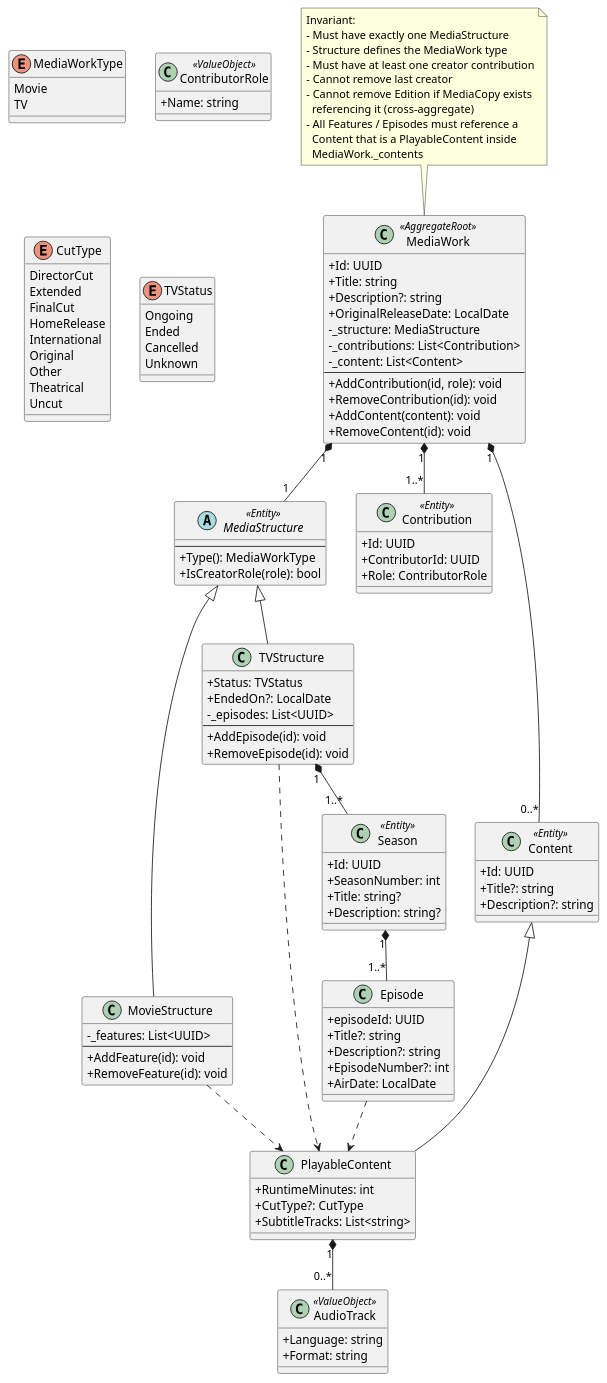
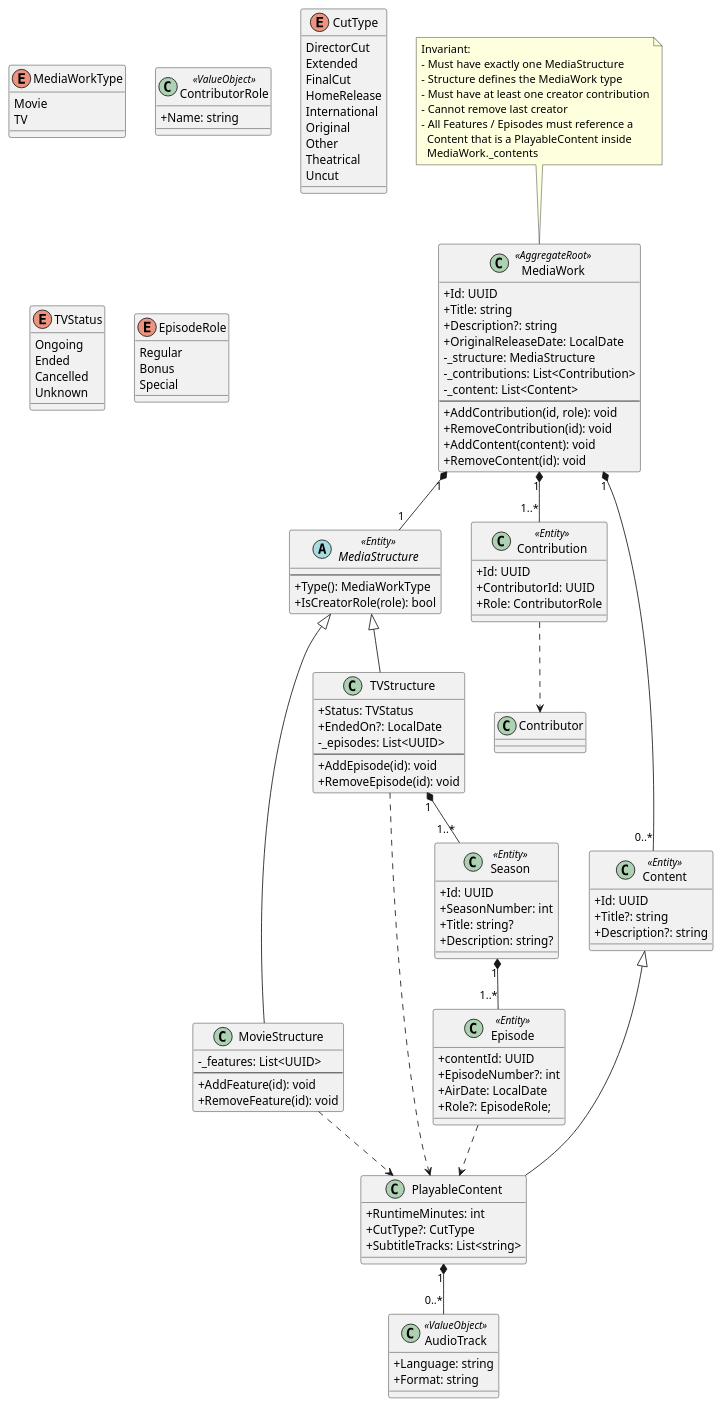
The diagram in docs/uml/domain/domain-media-work.puml (yantue/colleq), drawn with PlantUML before and after one commit. The commit also changed 5 other files, not shown here.

Commit message:
docs: Update domain-overview with respect to design + Add cross-aggregate connection to aggregate files to simplify domain-all

```diff
--- a/docs/uml/domain/domain-media-work.puml
+++ b/docs/uml/domain/domain-media-work.puml
@@ -1,146 +1,152 @@
 @startuml
 skinparam classAttributeIconSize 0
 
 ' ===== CORE =====
 class MediaWork <<AggregateRoot>> {
     +Id: UUID
     +Title: string
     +Description?: string
     +OriginalReleaseDate: LocalDate
     -_structure: MediaStructure
     -_contributions: List<Contribution>
     -_content: List<Content>
     --
     +AddContribution(id, role): void
     +RemoveContribution(id): void
     +AddContent(content): void
     +RemoveContent(id): void
 }
 
 note top of MediaWork
 Invariant:
 - Must have exactly one MediaStructure
 - Structure defines the MediaWork type
 - Must have at least one creator contribution
 - Cannot remove last creator
-- Cannot remove Edition if MediaCopy exists
-  referencing it (cross-aggregate)
 - All Features / Episodes must reference a
   Content that is a PlayableContent inside
   MediaWork._contents
 end note
 
 abstract class MediaStructure <<Entity>> {
     --
     +Type(): MediaWorkType
     +IsCreatorRole(role): bool
 }
 
 MediaWork "1" *-- "1" MediaStructure
 
 enum MediaWorkType {
     Movie
     TV
 }
 
 ' ===== CONTRIBUTIONS =====
 class Contribution <<Entity>> {
     +Id: UUID
     +ContributorId: UUID
     +Role: ContributorRole
 }
 
 class ContributorRole <<ValueObject>> {
     +Name: string
 }
 
 MediaWork "1" *-- "1..*" Contribution
 
 ' ===== CONTENT =====
 class Content <<Entity>> {
     +Id: UUID
     +Title?: string
     +Description?: string
 }
 
 MediaWork "1" *-- "0..*" Content
 
 class PlayableContent {
     +RuntimeMinutes: int
     +CutType?: CutType
     +SubtitleTracks: List<string>
 }
 
 enum CutType {
     DirectorCut
     Extended
     FinalCut
     HomeRelease
     International
     Original
     Other
     Theatrical
     Uncut
 }
 
 Content <|-- PlayableContent
 
 class AudioTrack <<ValueObject>> {
     +Language: string
     +Format: string
 }
 
 PlayableContent "1" *-- "0..*" AudioTrack
 
 ' ===== MOVIE =====
 class MovieStructure {
     -_features: List<UUID>
     --
     +AddFeature(id): void
     +RemoveFeature(id): void
 }
 
 MediaStructure <|-- MovieStructure
 MovieStructure ..> PlayableContent
 
 ' ===== TV =====
 class TVStructure {
     +Status: TVStatus
     +EndedOn?: LocalDate
     -_episodes: List<UUID>
     --
     +AddEpisode(id): void
     +RemoveEpisode(id): void
 }
 
 MediaStructure <|-- TVStructure
 TVStructure ..> PlayableContent
 
 enum TVStatus {
     Ongoing
     Ended
     Cancelled
     Unknown
 }
 
 class Season <<Entity>> {
     +Id: UUID
     +SeasonNumber: int
     +Title: string?
     +Description: string?
 }
 
 TVStructure "1" *-- "1..*" Season
 
-class Episode {
-    +episodeId: UUID
-    +Title?: string
-    +Description?: string
+class Episode <<Entity>> {
+    +contentId: UUID
     +EpisodeNumber?: int
     +AirDate: LocalDate
+    +Role?: EpisodeRole;
 }
 
 Season "1" *-- "1..*" Episode
 Episode ..> PlayableContent
 
+enum EpisodeRole {
+    Regular
+    Bonus
+    Special
+}
+
+' ===== CROSS-AGGREGATE REFERENCE =====
+Contribution ..> Contributor
+
 @enduml
```
